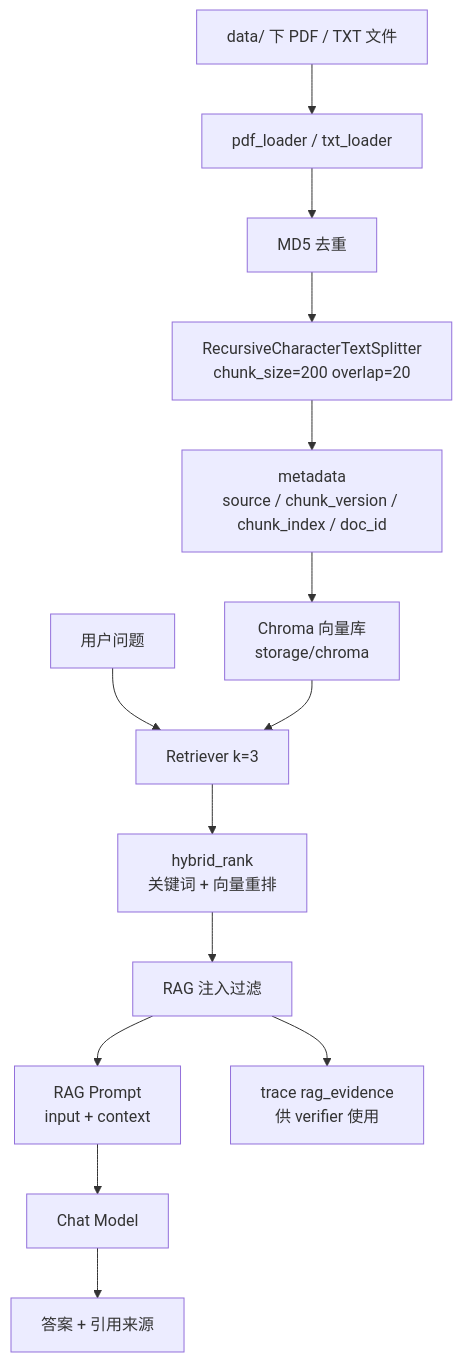
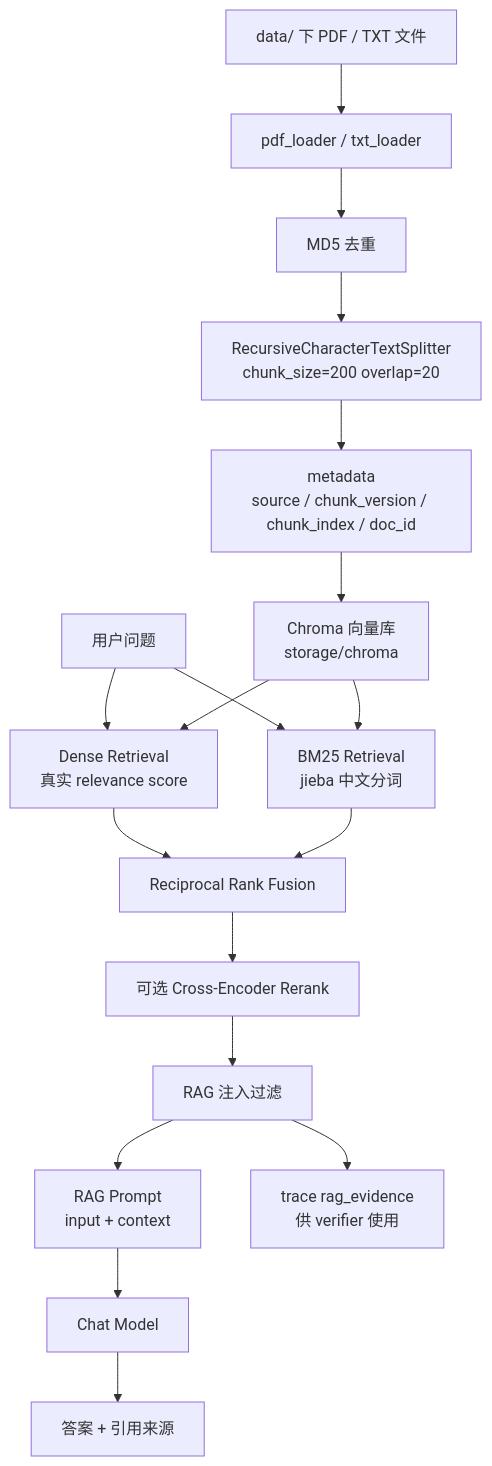
Before and after one commit to sleeping-Zack/agentproject: the ninth of 20 diagrams in README.md, drawn with Mermaid. The commit also changed other lines of this file and 8 other files, not shown here.

````diff
--- a/README.md
+++ b/README.md
@@ -468,17 +468,21 @@
 ```mermaid
 flowchart TB
     Files["data/ 下 PDF / TXT 文件"] --> Loader["pdf_loader / txt_loader"]
     Loader --> MD5["MD5 去重"]
     MD5 --> Splitter["RecursiveCharacterTextSplitter\nchunk_size=200 overlap=20"]
     Splitter --> Meta["metadata\nsource / chunk_version / chunk_index / doc_id"]
     Meta --> Chroma["Chroma 向量库\nstorage/chroma"]
 
-    Query["用户问题"] --> Retriever["Retriever k=3"]
-    Chroma --> Retriever
-    Retriever --> Hybrid["hybrid_rank\n关键词 + 向量重排"]
-    Hybrid --> Safety["RAG 注入过滤"]
+    Query["用户问题"] --> Dense["Dense Retrieval\n真实 relevance score"]
+    Query --> BM25["BM25 Retrieval\njieba 中文分词"]
+    Chroma --> Dense
+    Chroma --> BM25
+    Dense --> RRF["Reciprocal Rank Fusion"]
+    BM25 --> RRF
+    RRF --> Rerank["可选 Cross-Encoder Rerank"]
+    Rerank --> Safety["RAG 注入过滤"]
     Safety --> Prompt["RAG Prompt\ninput + context"]
     Prompt --> LLM["Chat Model"]
     LLM --> Answer["答案 + 引用来源"]
     Safety --> Evidence["trace rag_evidence\n供 verifier 使用"]
 ```
````
